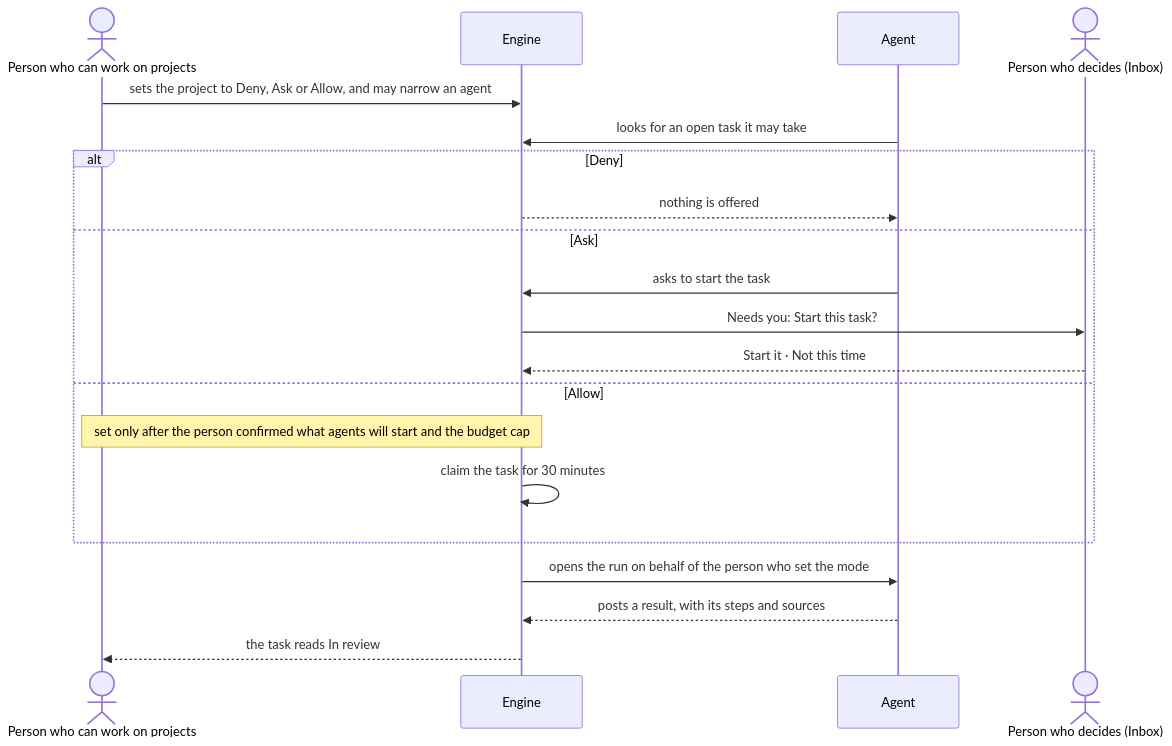
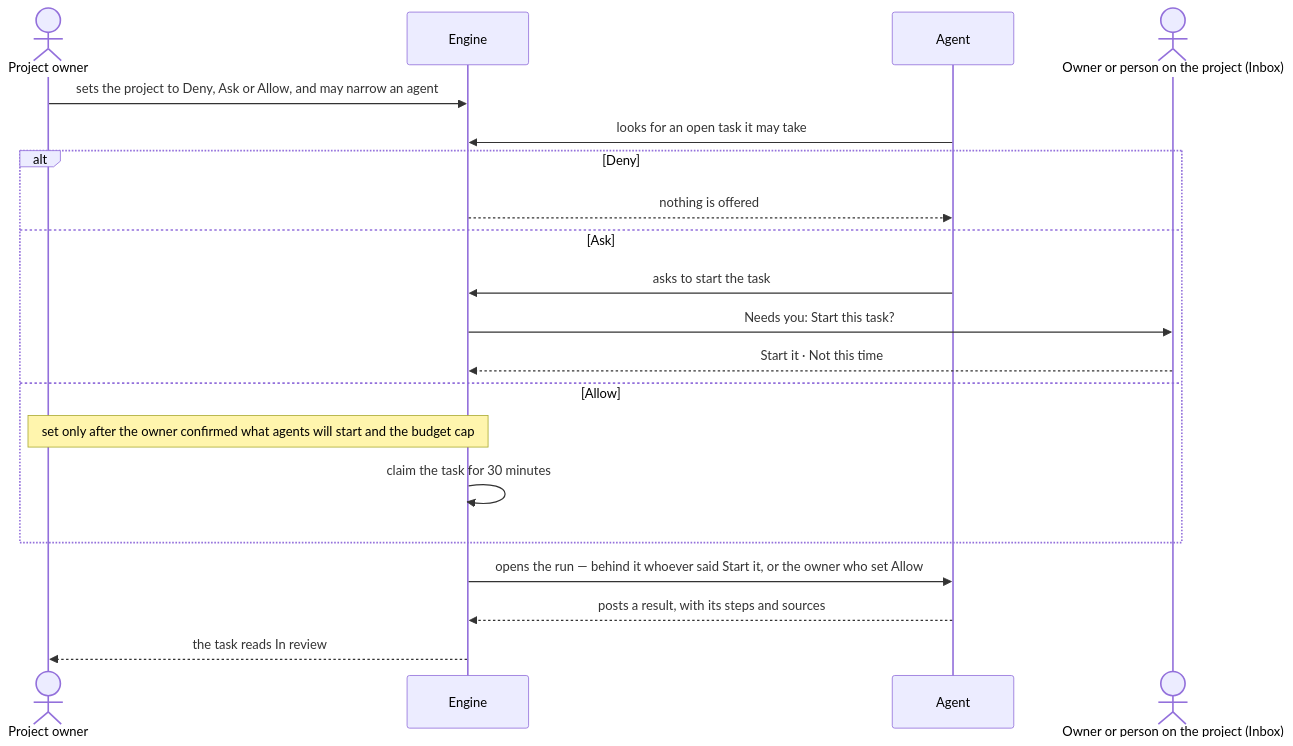
The second of 2 diagrams in specs/capabilities/projects/features/PJ-F01-projects-and-tasks/stories/PJ-15-let-agents-pick-up-tasks-by-hand-by-asking-or-on-their-own/story.md (invana/invana), drawn with Mermaid before and after one commit. The commit also changed other lines of this file and 522 other files, not shown here.

````diff
--- a/specs/capabilities/projects/features/PJ-F01-projects-and-tasks/stories/PJ-15-let-agents-pick-up-tasks-by-hand-by-asking-or-on-their-own/story.md
+++ b/specs/capabilities/projects/features/PJ-F01-projects-and-tasks/stories/PJ-15-let-agents-pick-up-tasks-by-hand-by-asking-or-on-their-own/story.md
@@ -49,22 +55,22 @@
 ```mermaid
 sequenceDiagram
-  actor P as Person who can work on projects
+  actor O as Project owner
   participant E as Engine
   participant A as Agent
-  actor D as Person who decides (Inbox)
-  P->>E: sets the project to Deny, Ask or Allow, and may narrow an agent
+  actor D as Owner or person on the project (Inbox)
+  O->>E: sets the project to Deny, Ask or Allow, and may narrow an agent
   A->>E: looks for an open task it may take
   alt Deny
     E-->>A: nothing is offered
   else Ask
     A->>E: asks to start the task
     E->>D: Needs you: Start this task?
     D-->>E: Start it · Not this time
   else Allow
-    Note over P,E: set only after the person confirmed what agents will start and the budget cap
+    Note over O,E: set only after the owner confirmed what agents will start and the budget cap
     E->>E: claim the task for 30 minutes
   end
-  E->>A: opens the run on behalf of the person who set the mode
+  E->>A: opens the run — behind it whoever said Start it, or the owner who set Allow
   A-->>E: posts a result, with its steps and sources
-  E-->>P: the task reads In review
+  E-->>O: the task reads In review
 ```
````
